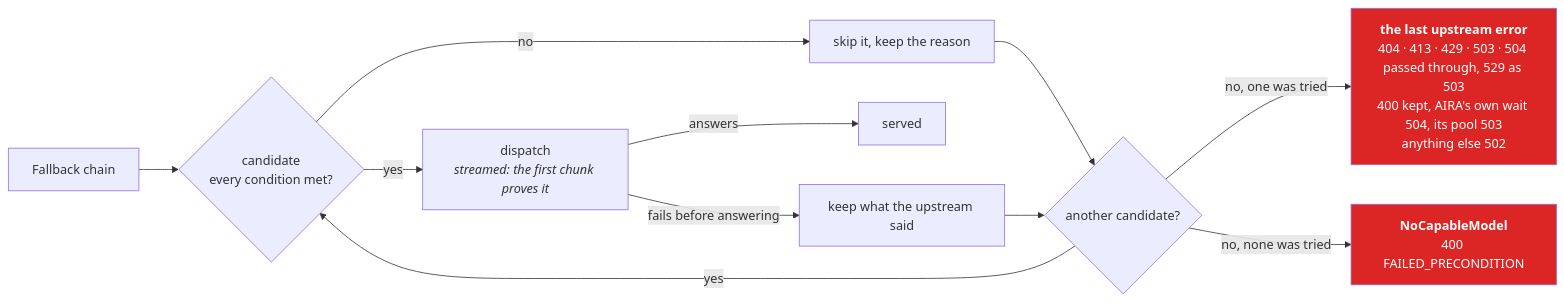
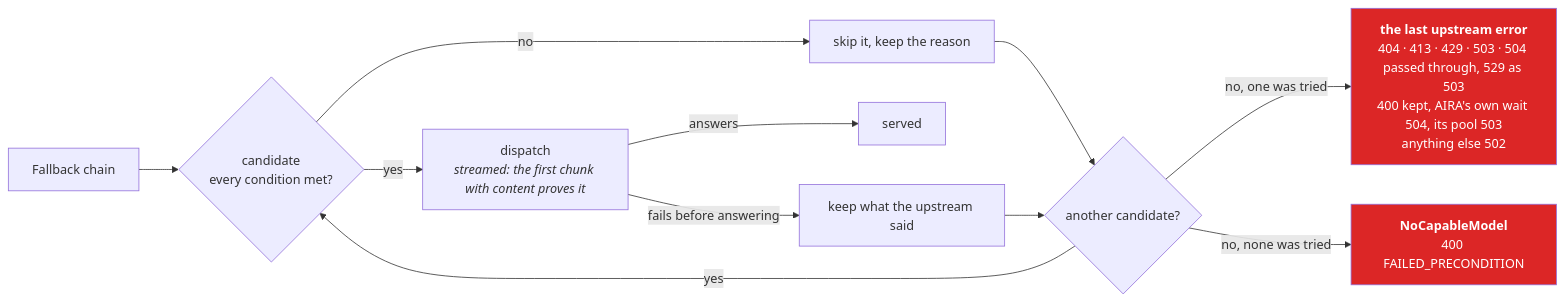
The fourth of 6 diagrams in docs/REQUEST-LIFECYCLE.md (InigoImago/AIRA-Gateway), drawn with Mermaid before and after one commit. The commit also changed other lines of this file and 228 other files, not shown here.

````diff
--- a/docs/REQUEST-LIFECYCLE.md
+++ b/docs/REQUEST-LIFECYCLE.md
@@ -462,16 +481,16 @@
 ```mermaid
 graph LR
     chain["Fallback chain"] --> c1{"candidate<br/>every condition met?"}
-    c1 -->|"yes"| tried["dispatch<br/><i>streamed: the first chunk proves it</i>"]
+    c1 -->|"yes"| tried["dispatch<br/><i>streamed: the first chunk with content proves it</i>"]
     c1 -->|"no"| skipped["skip it, keep the reason"]
     tried -->|"answers"| served["served"]
     tried -->|"fails before answering"| failed["keep what the upstream said"]
     skipped --> more{"another candidate?"}
     failed --> more
     more -->|"yes"| c1
     more -->|"no, one was tried"| lasterror["<b>the last upstream error</b><br/>404 · 413 · 429 · 503 · 504 passed through, 529 as 503<br/>400 kept, AIRA's own wait 504, its pool 503<br/>anything else 502"]
     more -->|"no, none was tried"| nocap["<b>NoCapableModel</b><br/>400 FAILED_PRECONDITION"]
 
     style lasterror fill:#dc2626,color:#fff
     style nocap fill:#dc2626,color:#fff
 ```
````
